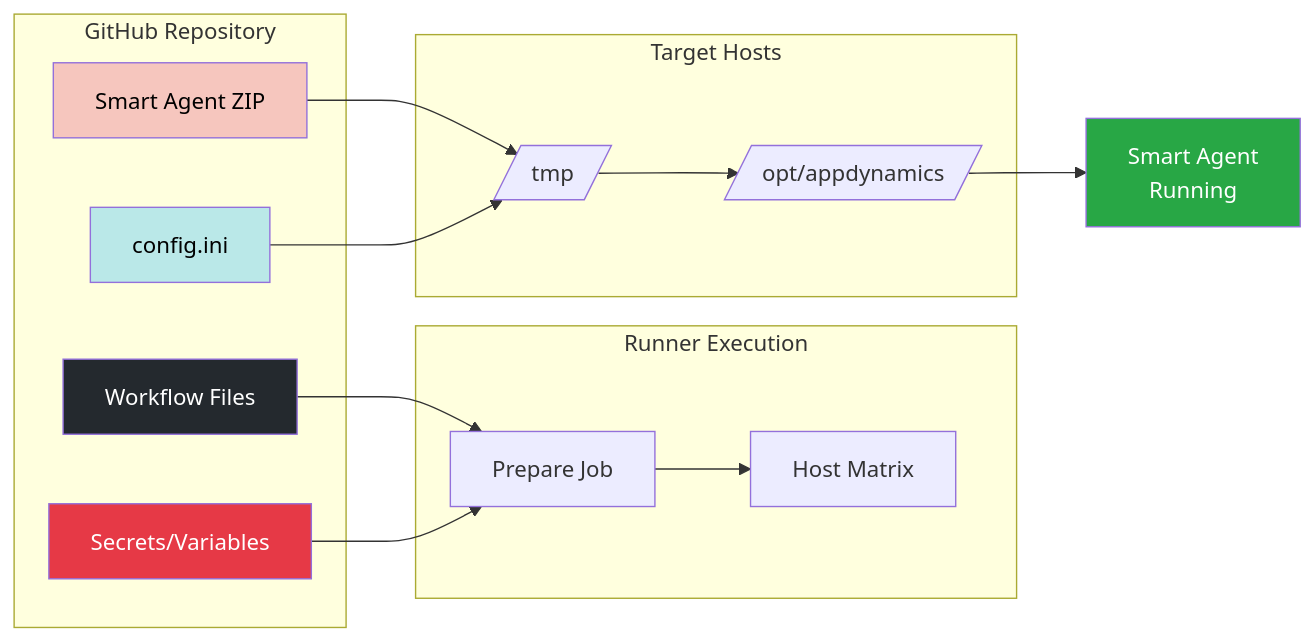
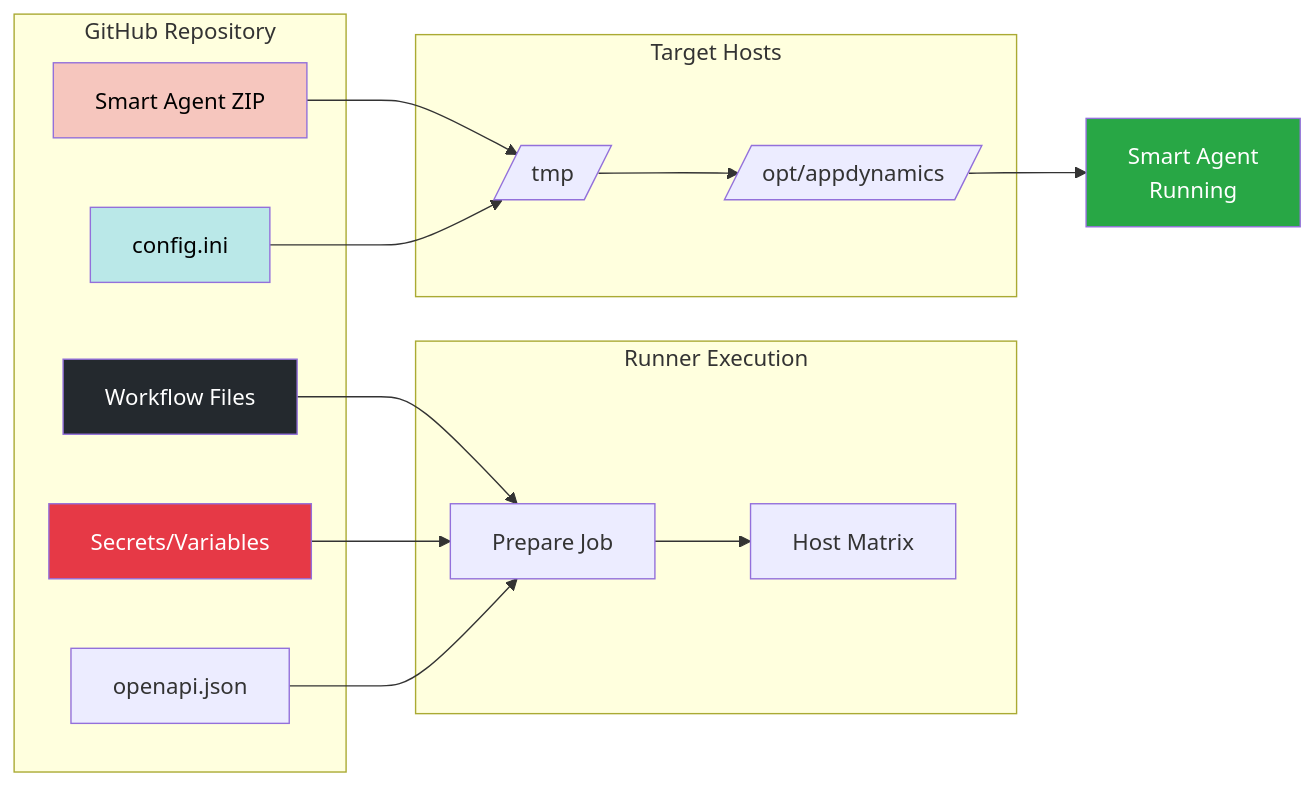
The fifth of 7 diagrams in ARCHITECTURE.md (chambear2809/github-actions-lab), drawn with Mermaid before and after one commit. The commit also changed other lines of this file and 24 other files, not shown here.

````diff
--- a/ARCHITECTURE.md
+++ b/ARCHITECTURE.md
@@ -127,35 +131,37 @@
 ```mermaid
 graph LR
     subgraph "GitHub Repository"
         WF[Workflow Files]
         ZIP[Smart Agent ZIP]
         CFG[config.ini]
         SEC[Secrets/Variables]
+        OAS[openapi.json]
     end
 
     subgraph "Runner Execution"
         PREP[Prepare Job]
         MATRIX[Host Matrix]
     end
 
     subgraph "Target Hosts"
         TMP[/tmp/]
         OPT[/opt/appdynamics/]
     end
 
     WF --> PREP
     SEC --> PREP
+    OAS --> PREP
     PREP --> MATRIX
 
     ZIP --> TMP
     CFG --> TMP
     TMP --> OPT
     
     OPT --> AGENT[Smart Agent<br/>Running]
 
     style WF fill:#24292e,color:#fff
     style ZIP fill:#f6c6be,color:#000
     style CFG fill:#bae8e8,color:#000
     style SEC fill:#e63946,color:#fff
     style AGENT fill:#28a745,color:#fff
 ```
````
